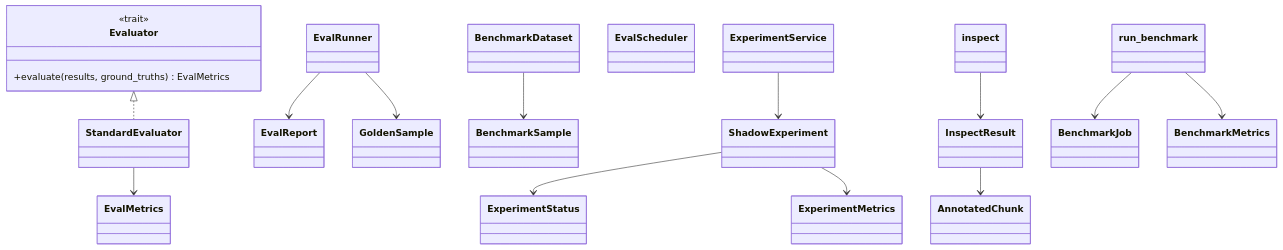
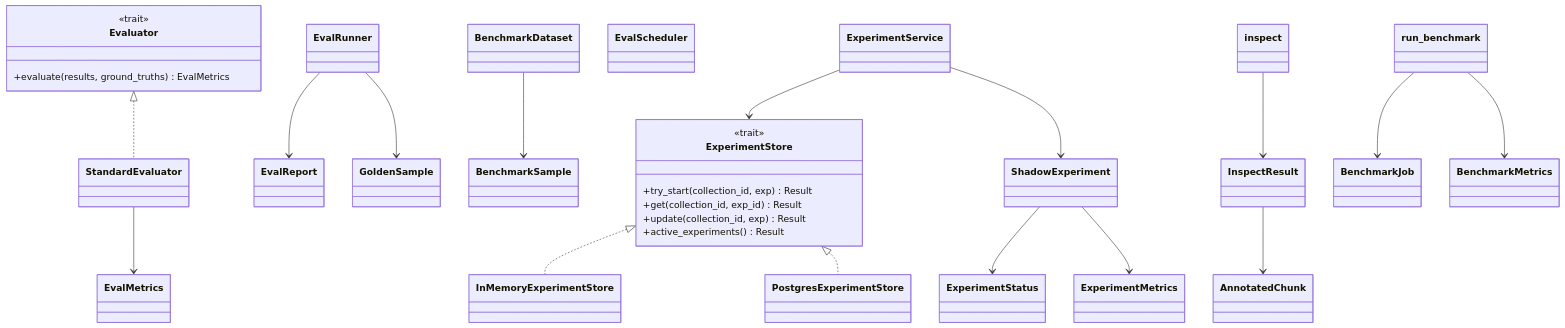
Before and after one commit to sirius-zuo/arcanum: the diagram in wiki/evaluation.md, drawn with Mermaid. The commit also changed other lines of this file and 25 other files, not shown here.

````diff
--- a/wiki/evaluation.md
+++ b/wiki/evaluation.md
@@ -60,40 +76,52 @@
 ```mermaid
 classDiagram
     class Evaluator {
         <<trait>>
         +evaluate(results, ground_truths) EvalMetrics
     }
     class StandardEvaluator
     class EvalRunner
     class EvalReport
     class EvalMetrics
     class BenchmarkDataset
     class BenchmarkSample
     class EvalScheduler
     class GoldenSample
 
     Evaluator <|.. StandardEvaluator
     StandardEvaluator --> EvalMetrics
     EvalRunner --> EvalReport
     EvalRunner --> GoldenSample
     BenchmarkDataset --> BenchmarkSample
 
     class ExperimentService
+    class ExperimentStore {
+        <<trait>>
+        +try_start(collection_id, exp) Result
+        +get(collection_id, exp_id) Result
+        +update(collection_id, exp) Result
+        +active_experiments() Result
+    }
+    class InMemoryExperimentStore
+    class PostgresExperimentStore
     class ShadowExperiment
     class ExperimentStatus
     class ExperimentMetrics
+    ExperimentService --> ExperimentStore
+    ExperimentStore <|.. InMemoryExperimentStore
+    ExperimentStore <|.. PostgresExperimentStore
     ExperimentService --> ShadowExperiment
     ShadowExperiment --> ExperimentStatus
     ShadowExperiment --> ExperimentMetrics
 
     class inspect
     class InspectResult
     class AnnotatedChunk
     class run_benchmark
     class BenchmarkJob
     class BenchmarkMetrics
     inspect --> InspectResult
     InspectResult --> AnnotatedChunk
     run_benchmark --> BenchmarkJob
     run_benchmark --> BenchmarkMetrics
 ```
````
